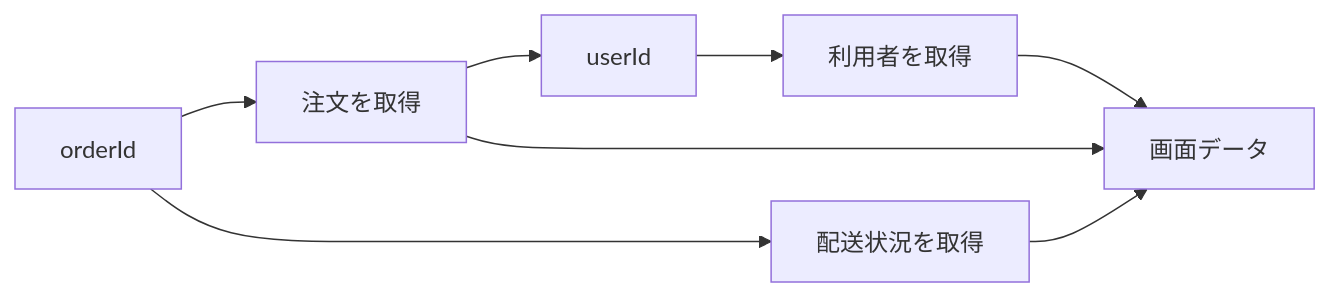
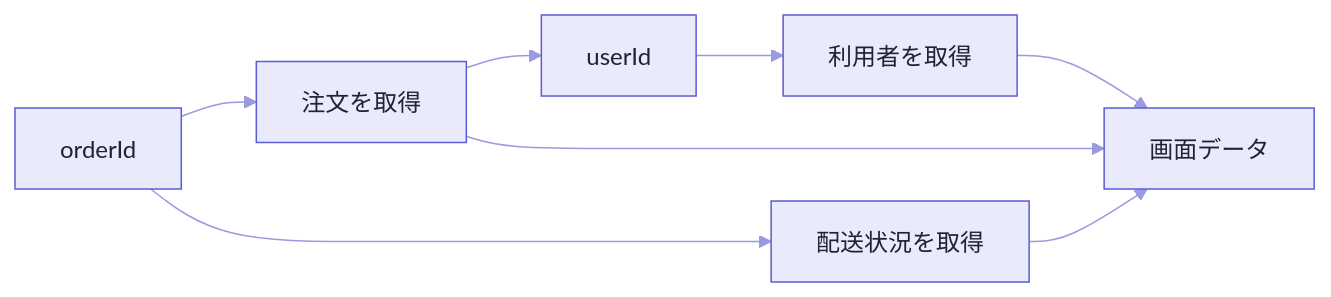
The second of 2 diagrams in articles/8856e4fa17efd6.md (nagahara-naoki/zenn), drawn with Mermaid before and after one commit. The commit also changed other lines of this file, not shown here.

Commit message:
JavaScriptのPromiseを図で理解する

````diff
--- a/articles/8856e4fa17efd6.md
+++ b/articles/8856e4fa17efd6.md
@@ -165,10 +172,11 @@
 ```mermaid
+%%{init: {'theme': 'base', 'themeVariables': {'primaryColor': '#eaeafd', 'primaryBorderColor': '#5b5bd6', 'primaryTextColor': '#1f2430', 'mainBkg': '#eaeafd', 'nodeBorder': '#5b5bd6', 'nodeTextColor': '#1f2430', 'secondaryColor': '#dcdcfa', 'secondaryBorderColor': '#5b5bd6', 'secondaryTextColor': '#1f2430', 'tertiaryColor': '#f4f4fe', 'tertiaryBorderColor': '#5b5bd6', 'tertiaryTextColor': '#1f2430', 'clusterBkg': '#f4f4fe', 'clusterBorder': '#5b5bd6', 'lineColor': '#9a9ae0', 'textColor': '#1f2430', 'titleColor': '#1f2430', 'edgeLabelBackground': '#eaeafd', 'labelBackground': '#eaeafd', 'labelBoxBkgColor': '#eaeafd', 'labelTextColor': '#1f2430', 'noteBkgColor': '#eaeafd', 'noteTextColor': '#1f2430', 'noteBorderColor': '#5b5bd6'}}}%%
 flowchart LR
     A[orderId] --> B[注文を取得]
     A --> C[配送状況を取得]
     B --> D[userId]
     D --> E[利用者を取得]
     B --> F[画面データ]
     C --> F
     E --> F
 ```
````
